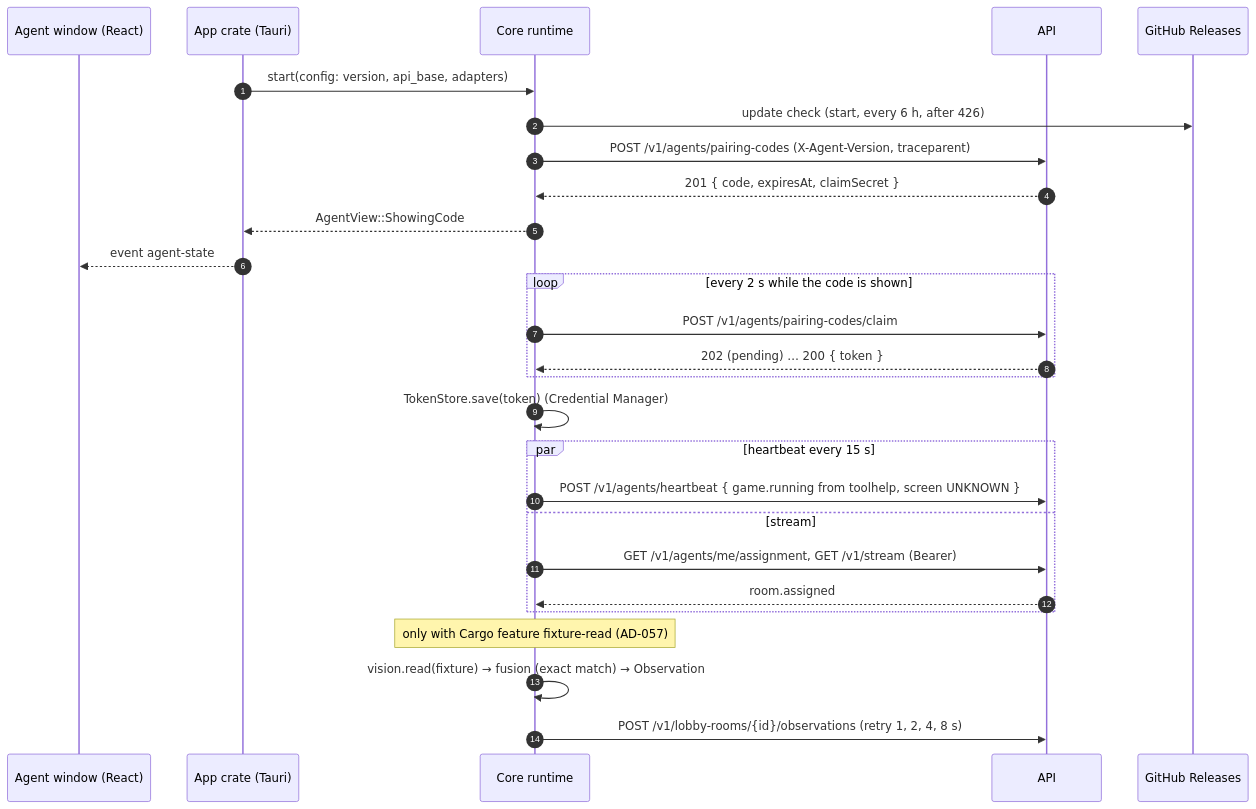
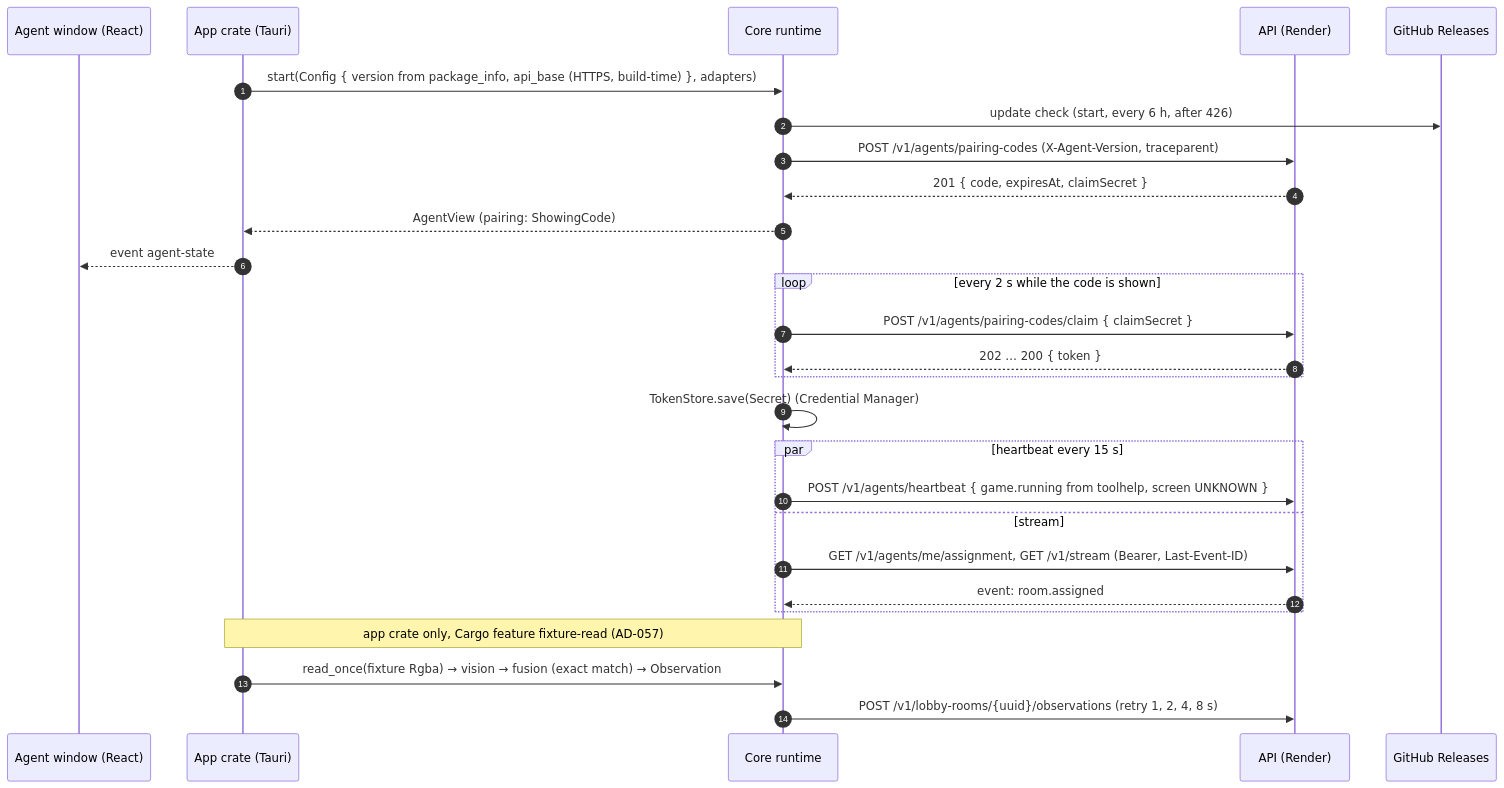
Before and after one commit to pedromoraisf/d2rmatchmaking: the diagram in .specs/features/agent-skeleton/design.md, drawn with Mermaid. The commit also changed other lines of this file and 1 other file, not shown here.

First line of the commit message:
docs(specs): close agent-skeleton design review findings

````diff
--- a/.specs/features/agent-skeleton/design.md
+++ b/.specs/features/agent-skeleton/design.md
@@ -18,29 +20,29 @@
 ```mermaid
 sequenceDiagram
     autonumber
     participant UI as Agent window (React)
     participant App as App crate (Tauri)
     participant Core as Core runtime
-    participant API as API
+    participant API as API (Render)
     participant GH as GitHub Releases
-    App->>Core: start(config: version, api_base, adapters)
+    App->>Core: start(Config { version from package_info, api_base (HTTPS, build-time) }, adapters)
     Core->>GH: update check (start, every 6 h, after 426)
     Core->>API: POST /v1/agents/pairing-codes (X-Agent-Version, traceparent)
     API-->>Core: 201 { code, expiresAt, claimSecret }
-    Core-->>App: AgentView::ShowingCode
+    Core-->>App: AgentView (pairing: ShowingCode)
     App-->>UI: event agent-state
     loop every 2 s while the code is shown
-        Core->>API: POST /v1/agents/pairing-codes/claim
-        API-->>Core: 202 (pending) … 200 { token }
+        Core->>API: POST /v1/agents/pairing-codes/claim { claimSecret }
+        API-->>Core: 202 … 200 { token }
     end
-    Core->>Core: TokenStore.save(token) (Credential Manager)
+    Core->>Core: TokenStore.save(Secret) (Credential Manager)
     par heartbeat every 15 s
         Core->>API: POST /v1/agents/heartbeat { game.running from toolhelp, screen UNKNOWN }
     and stream
-        Core->>API: GET /v1/agents/me/assignment, GET /v1/stream (Bearer)
-        API-->>Core: room.assigned
+        Core->>API: GET /v1/agents/me/assignment, GET /v1/stream (Bearer, Last-Event-ID)
+        API-->>Core: event: room.assigned
     end
-    Note over Core: only with Cargo feature fixture-read (AD-057)
-    Core->>Core: vision.read(fixture) → fusion (exact match) → Observation
-    Core->>API: POST /v1/lobby-rooms/{id}/observations (retry 1, 2, 4, 8 s)
+    Note over App,Core: app crate only, Cargo feature fixture-read (AD-057)
+    App->>Core: read_once(fixture Rgba) → vision → fusion (exact match) → Observation
+    Core->>API: POST /v1/lobby-rooms/{uuid}/observations (retry 1, 2, 4, 8 s)
 ```
````
